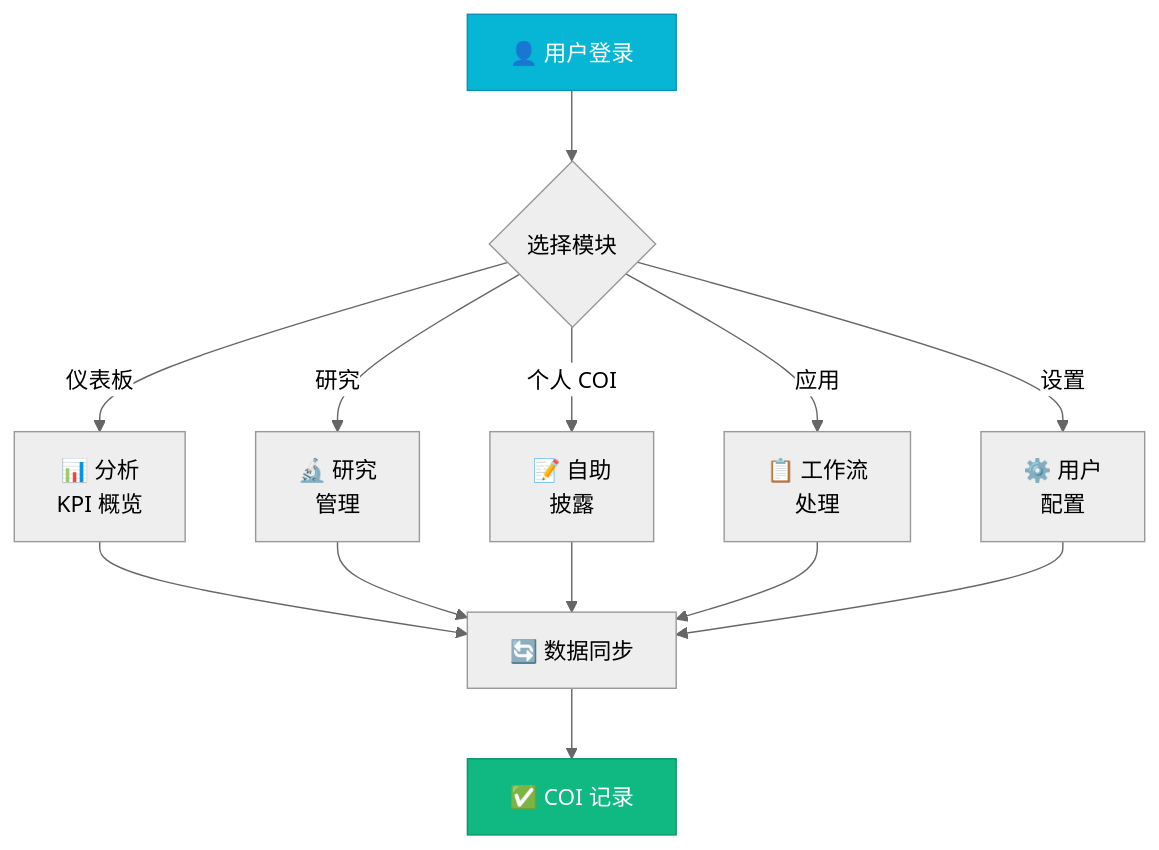
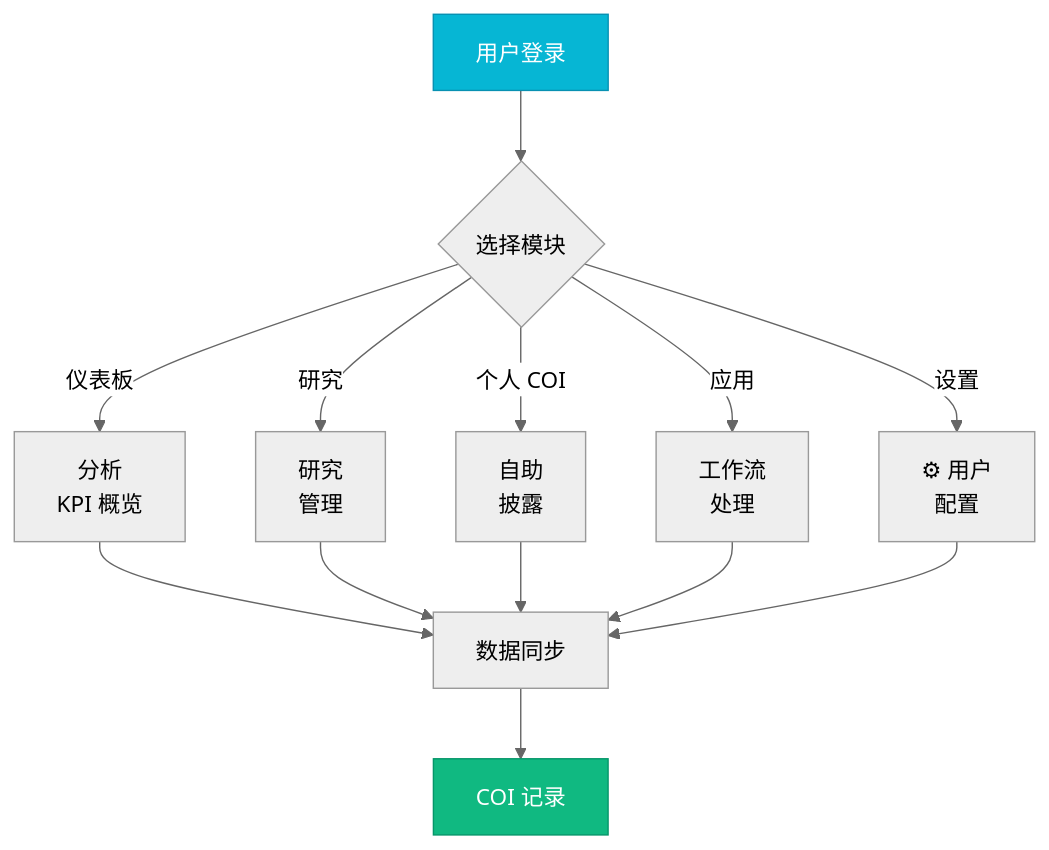
One commit to hakupao/coi-web-demo changed the diagram in README_CN.md. Above: the diagram before and after it, drawn with Mermaid (neutral theme). The commit also changed other lines of this file and 1 other file, not shown here.

````diff
--- a/README_CN.md
+++ b/README_CN.md
@@ -82,17 +55,17 @@
 ```mermaid
 graph TB
-    A["👤 用户登录"] --> B{"选择模块"}
-    B -->|仪表板| C["📊 分析<br/>KPI 概览"]
-    B -->|研究| D["🔬 研究<br/>管理"]
-    B -->|个人 COI| E["📝 自助<br/>披露"]
-    B -->|应用| F["📋 工作流<br/>处理"]
-    B -->|设置| G["⚙️ 用户<br/>配置"]
-    C --> H["🔄 数据同步"]
-    D --> H
-    E --> H
-    F --> H
-    G --> H
-    H --> I["✅ COI 记录"]
-    style A fill:#06b6d4,stroke:#0891b2,color:#fff
-    style I fill:#10b981,stroke:#059669,color:#fff
+ A[" 用户登录"] --> B{"选择模块"}
+ B -->|仪表板| C[" 分析<br/>KPI 概览"]
+ B -->|研究| D[" 研究<br/>管理"]
+ B -->|个人 COI| E[" 自助<br/>披露"]
+ B -->|应用| F[" 工作流<br/>处理"]
+ B -->|设置| G["⚙ 用户<br/>配置"]
+ C --> H[" 数据同步"]
+ D --> H
+ E --> H
+ F --> H
+ G --> H
+ H --> I[" COI 记录"]
+ style A fill:#06b6d4,stroke:#0891b2,color:#fff
+ style I fill:#10b981,stroke:#059669,color:#fff
 ```
````
